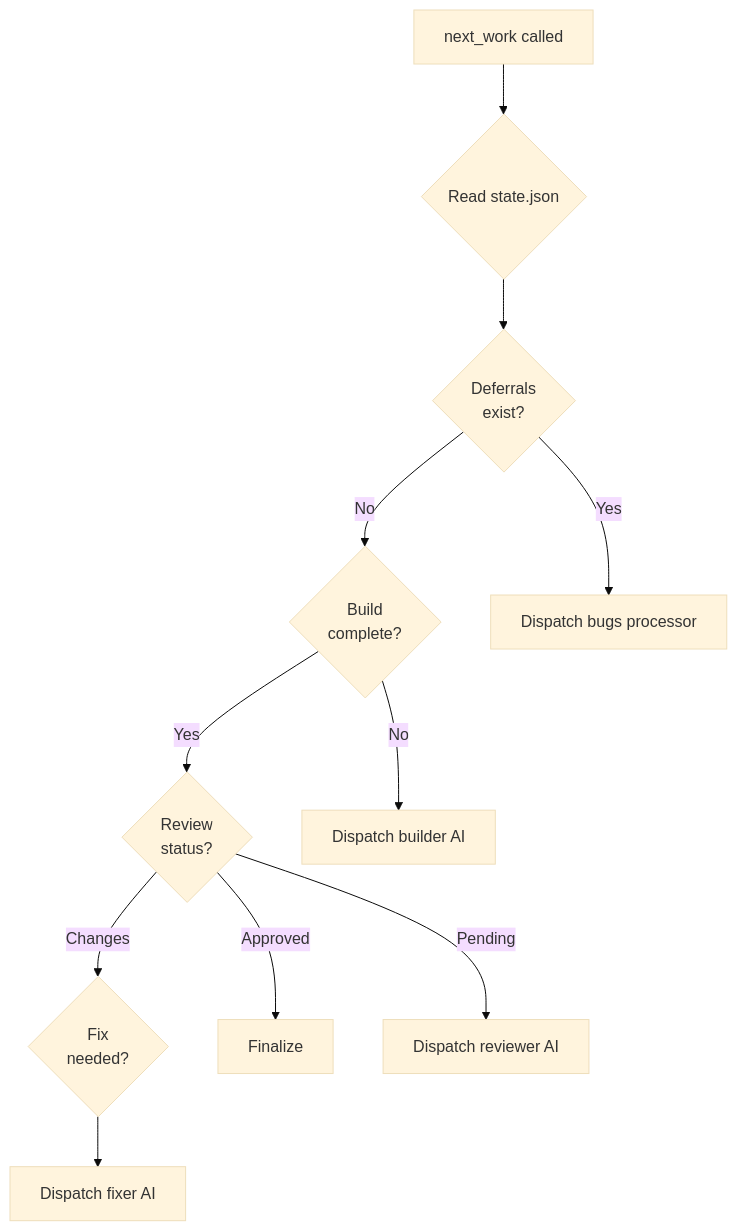
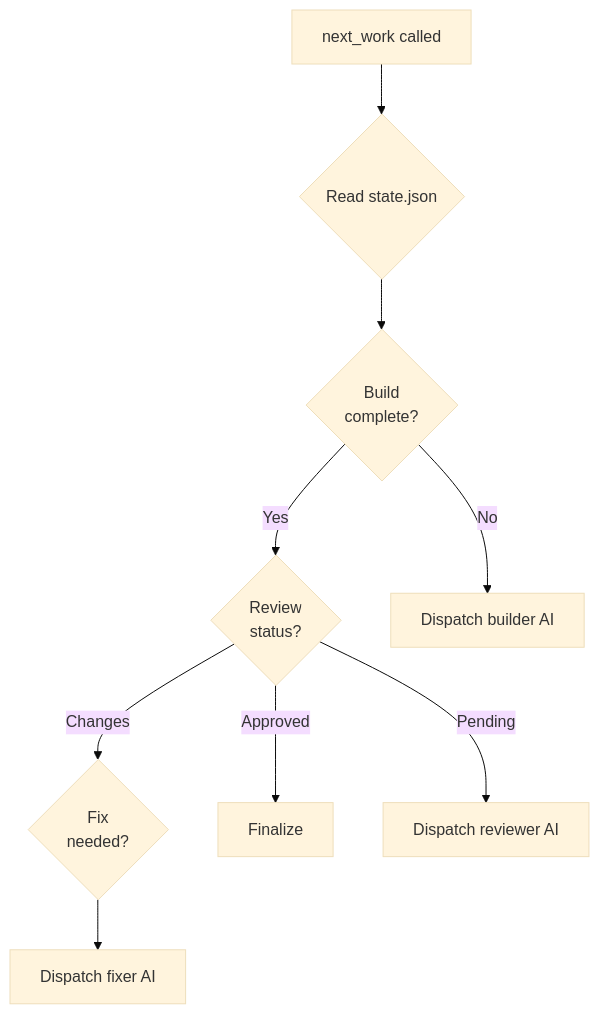
One commit to InstruktAI/TeleClaude changed the third of 4 diagrams in docs/project/design/architecture/next-machine.md. Above: the diagram before and after it, drawn with Mermaid (base theme). The commit also changed other lines of this file and 12 other files, not shown here.

````diff
--- a/docs/project/design/architecture/next-machine.md
+++ b/docs/project/design/architecture/next-machine.md
@@ -88,21 +86,18 @@
 ```mermaid
 flowchart TD
     Start[next_work called]
     CheckState{Read state.json}
-    Bugs{Deferrals<br/>exist?}
     Build{Build<br/>complete?}
     Review{Review<br/>status?}
     Fix{Fix<br/>needed?}
     Finalize[Finalize]
 
     Start --> CheckState
-    CheckState --> Bugs
-    Bugs -->|Yes| ProcessBugs[Dispatch bugs processor]
-    Bugs -->|No| Build
+    CheckState --> Build
     Build -->|No| DispatchBuilder[Dispatch builder AI]
     Build -->|Yes| Review
     Review -->|Pending| DispatchReviewer[Dispatch reviewer AI]
     Review -->|Changes| Fix
     Review -->|Approved| Finalize
     Fix --> DispatchFixer[Dispatch fixer AI]
 ```
````
